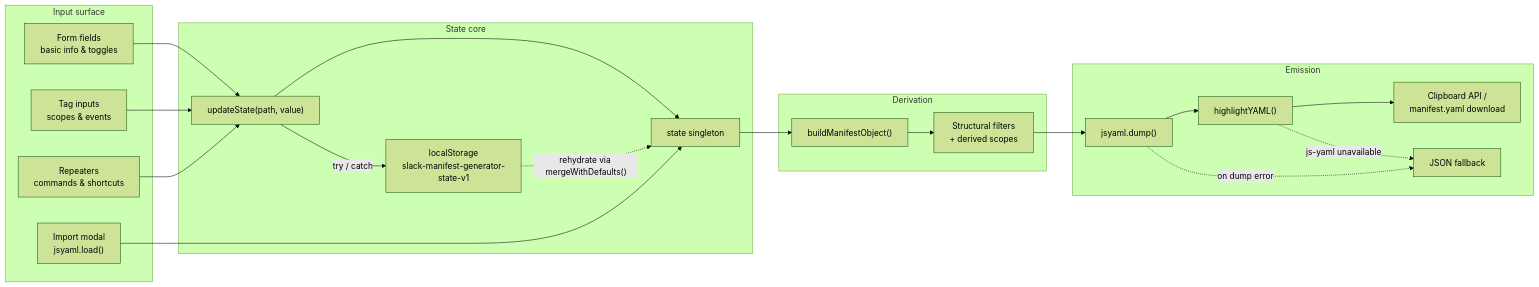
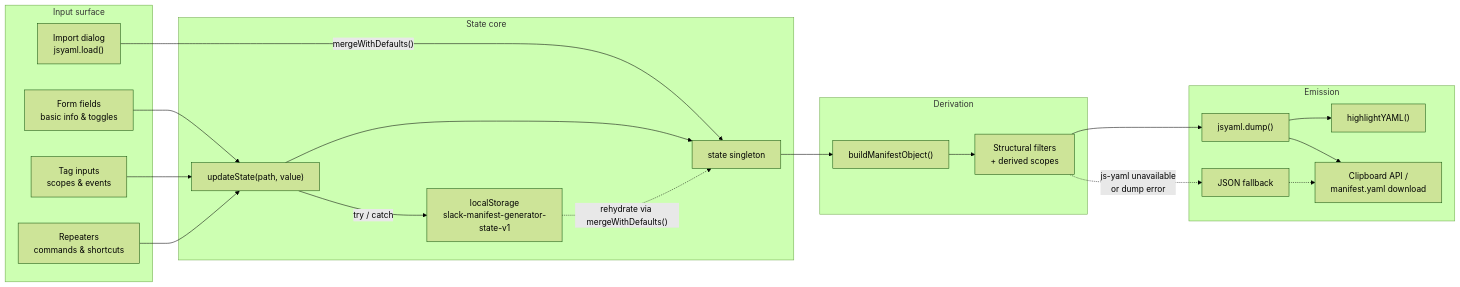
One commit to OstinUA/slack-app-manifest-generator changed the first of 3 diagrams in README.md. Above: the diagram before and after it, drawn with Mermaid (forest theme). The commit also changed other lines of this file and 1 other file, not shown here.

First line of the commit message:
Restore YAML output, drop the Tailwind runtime, restructure the script

````diff
--- a/README.md
+++ b/README.md
@@ -222,42 +211,42 @@
 ```mermaid
 flowchart LR
     subgraph INPUT["Input surface"]
         A1["Form fields<br/>basic info & toggles"]
         A2["Tag inputs<br/>scopes & events"]
         A3["Repeaters<br/>commands & shortcuts"]
-        A4["Import modal<br/>jsyaml.load()"]
+        A4["Import dialog<br/>jsyaml.load()"]
     end
 
     subgraph CORE["State core"]
         B1["updateState(path, value)"]
         B2["state singleton"]
         B3["localStorage<br/>slack-manifest-generator-state-v1"]
     end
 
     subgraph BUILD["Derivation"]
         C1["buildManifestObject()"]
         C2["Structural filters<br/>+ derived scopes"]
     end
 
     subgraph EMIT["Emission"]
         D1["jsyaml.dump()"]
         D2["highlightYAML()"]
         D3["Clipboard API /<br/>manifest.yaml download"]
         D4["JSON fallback"]
     end
 
     A1 --> B1
     A2 --> B1
     A3 --> B1
-    A4 --> B2
+    A4 -->|"mergeWithDefaults()"| B2
     B1 --> B2
     B1 -->|"try / catch"| B3
     B2 --> C1
     C1 --> C2
     C2 --> D1
     D1 --> D2
-    D2 --> D3
-    D1 -.->|"on dump error"| D4
-    D2 -.->|"js-yaml unavailable"| D4
+    D1 --> D3
+    C2 -.->|"js-yaml unavailable<br/>or dump error"| D4
+    D4 -.-> D3
     B3 -.->|"rehydrate via mergeWithDefaults()"| B2
 ```
````
